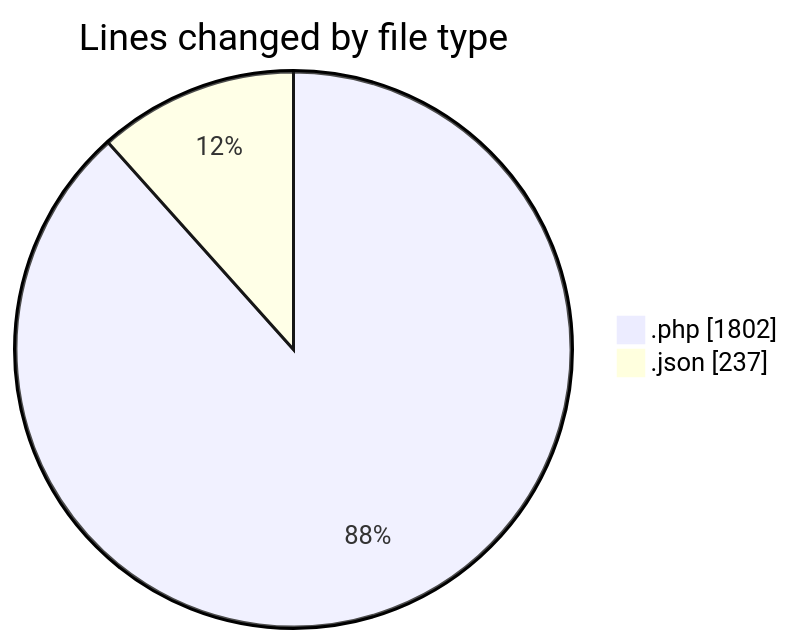
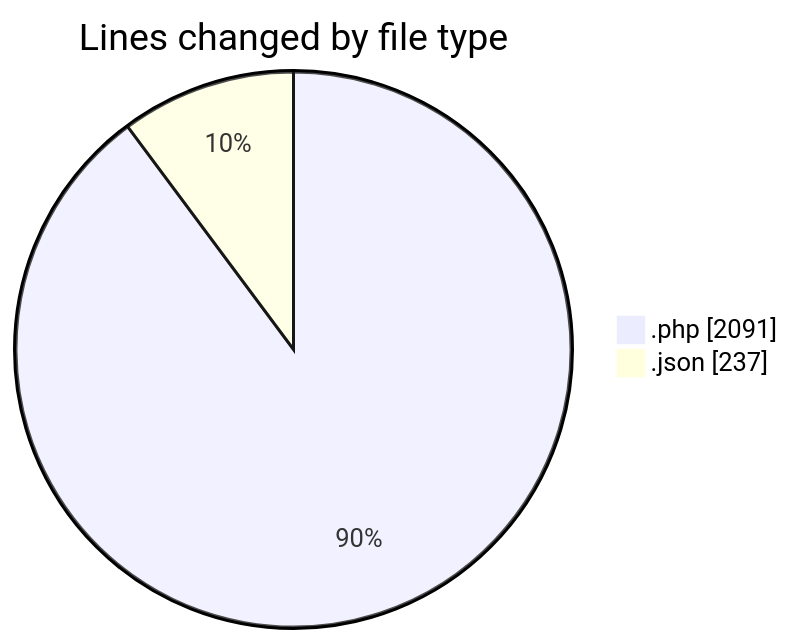
Before and after one commit to idhammustaqopulfikri/code-tracking: the first of 2 diagrams in 2025-06-23/studio-backend/README.md, drawn with Mermaid. The commit also changed other lines of this file and 1 other file, not shown here.

````diff
--- a/2025-06-23/studio-backend/README.md
+++ b/2025-06-23/studio-backend/README.md
@@ -23,6 +24,6 @@
 ```mermaid
 pie showData
 title Lines changed by file type
-".php" : 1802
+".php" : 2091
 ".json" : 237
 ```
````
